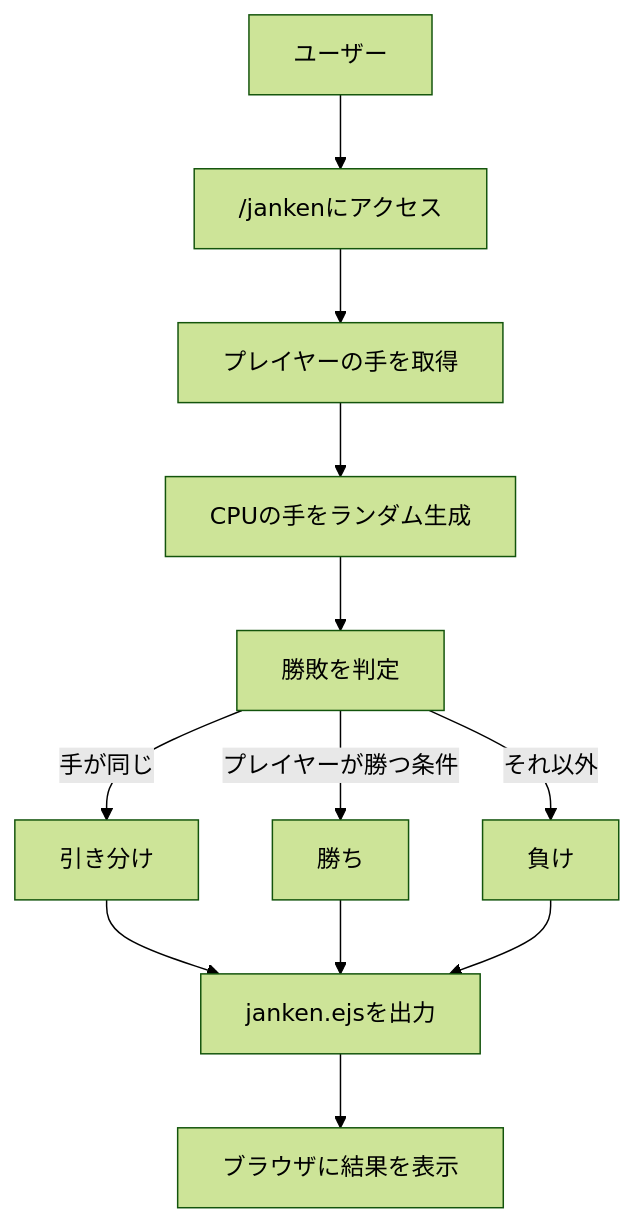
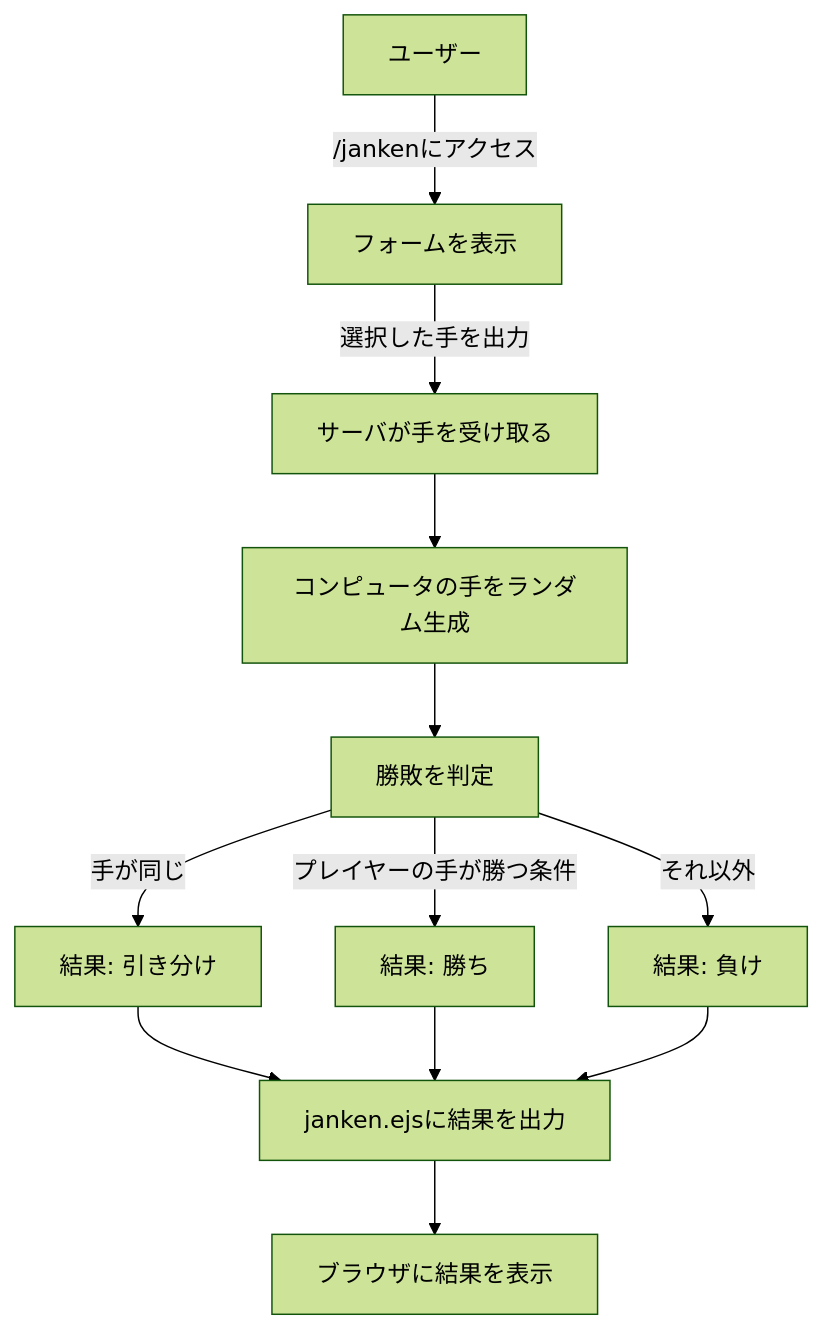
One commit to OzekiSouichirou/webpro_06 changed the fourth of 6 diagrams in README.md. Above: the diagram before and after it, drawn with Mermaid (forest theme). The commit also changed other lines of this file and 2 other files, not shown here.

Commit message:
全体修正ver1.5

````diff
--- a/README.md
+++ b/README.md
@@ -128,14 +128,14 @@
 ```mermaid
 flowchart TD;
-ユーザー --> /jankenにアクセス;
-/jankenにアクセス --> プレイヤーの手を取得;
-プレイヤーの手を取得 --> CPUの手をランダム生成;
-CPUの手をランダム生成 --> 勝敗を判定;
-勝敗を判定 -->|手が同じ| 引き分け;
-勝敗を判定 -->|プレイヤーが勝つ条件| 勝ち;
-勝敗を判定 -->|それ以外| 負け;
-引き分け --> janken.ejsを出力;
-勝ち --> janken.ejsを出力;
-負け --> janken.ejsを出力;
-janken.ejsを出力 --> ブラウザに結果を表示;
+A[ユーザー] -->|/jankenにアクセス| B[フォームを表示];
+B -->|選択した手を出力| C[サーバが手を受け取る];
+C --> D[コンピュータの手をランダム生成];
+D --> E[勝敗を判定];
+E -->|手が同じ| F[結果: 引き分け];
+E -->|プレイヤーの手が勝つ条件| G[結果: 勝ち];
+E -->|それ以外| H[結果: 負け];
+F --> I[janken.ejsに結果を出力];
+G --> I[janken.ejsに結果を出力];
+H --> I[janken.ejsに結果を出力];
+I --> J[ブラウザに結果を表示];
 ```
````
